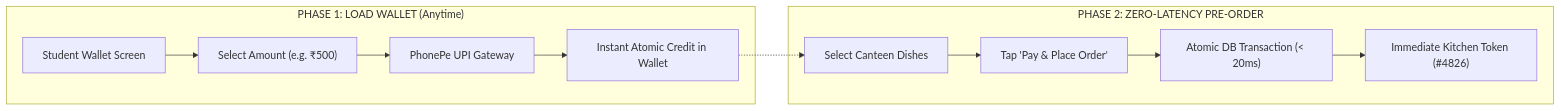
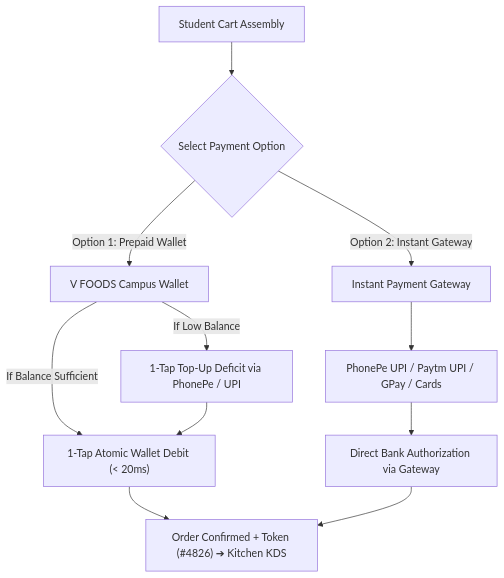
One commit to yogeshravi19/v-buy changed the third of 5 diagrams in docs/V_FOODS_COMPLETE_SYSTEM_GUIDE.md. Above: the diagram before and after it, drawn with Mermaid. The commit also changed other lines of this file and 17 other files, not shown here.

Commit message:
feat(payments): support both prepaid campus wallet and instant payment gateway (PhonePe/Paytm UPI) at checkout

````diff
--- a/docs/V_FOODS_COMPLETE_SYSTEM_GUIDE.md
+++ b/docs/V_FOODS_COMPLETE_SYSTEM_GUIDE.md
@@ -132,16 +130,17 @@
 ```mermaid
-flowchart LR
-    subgraph Phase1["PHASE 1: LOAD WALLET (Anytime)"]
-        A["Student Wallet Screen"] --> B["Select Amount (e.g. ₹500)"]
-        B --> C["PhonePe UPI Gateway"]
-        C --> D["Instant Atomic Credit in Wallet"]
-    end
+flowchart TD
+    Cart["Student Cart Assembly"] --> Choice{"Select Payment Option"}
 
-    subgraph Phase2["PHASE 2: ZERO-LATENCY PRE-ORDER"]
-        E["Select Canteen Dishes"] --> F["Tap 'Pay & Place Order'"]
-        F --> G["Atomic DB Transaction (< 20ms)"]
-        G --> H["Immediate Kitchen Token (#4826)"]
-    end
+    %% Option 1: Campus Wallet
+    Choice -->|Option 1: Prepaid Wallet| Wallet["V FOODS Campus Wallet"]
+    Wallet -->|If Balance Sufficient| WPay["1-Tap Atomic Wallet Debit (< 20ms)"]
+    Wallet -->|If Low Balance| WTop["1-Tap Top-Up Deficit via PhonePe / UPI"]
+    WTop --> WPay
+    WPay --> OrderSuccess["Order Confirmed + Token (#4826) ➔ Kitchen KDS"]
 
-    D -.-> E
+    %% Option 2: Instant Gateway
+    Choice -->|Option 2: Instant Gateway| Gateway["Instant Payment Gateway"]
+    Gateway --> UPIOptions["PhonePe UPI / Paytm UPI / GPay / Cards"]
+    UPIOptions --> BankAuth["Direct Bank Authorization via Gateway"]
+    BankAuth --> OrderSuccess
 ```
````
